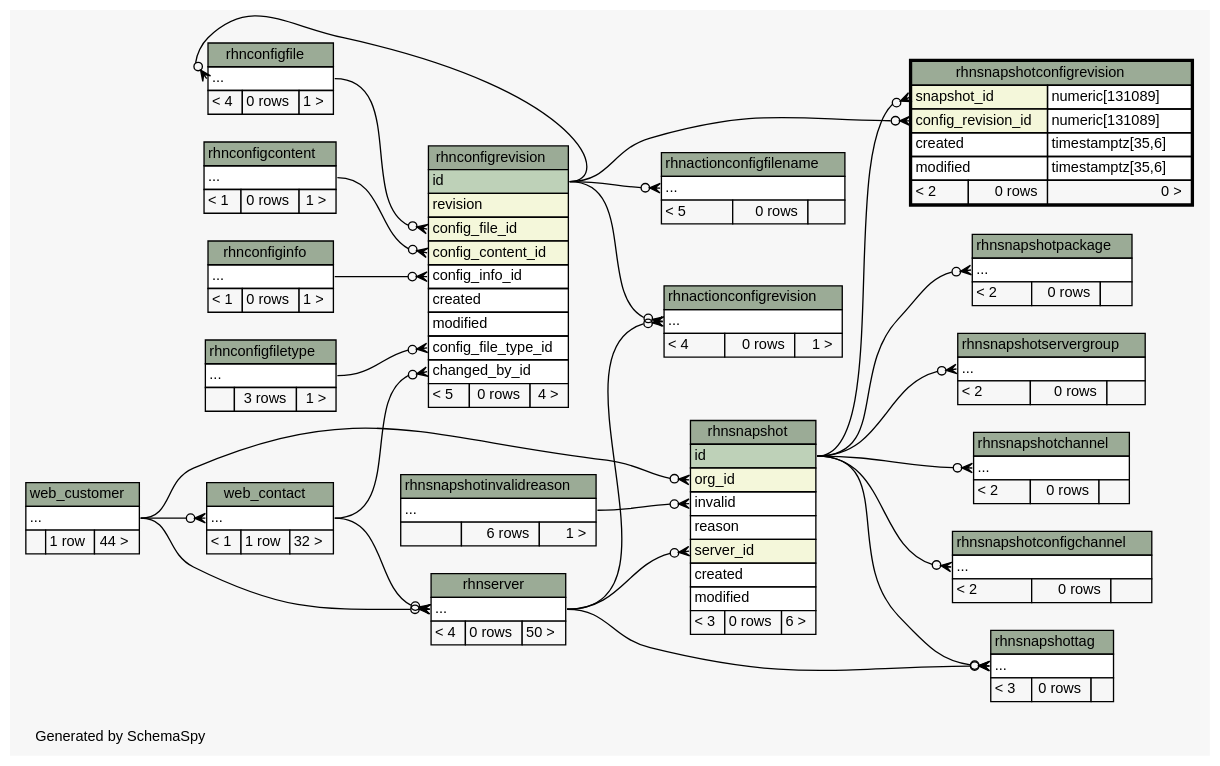
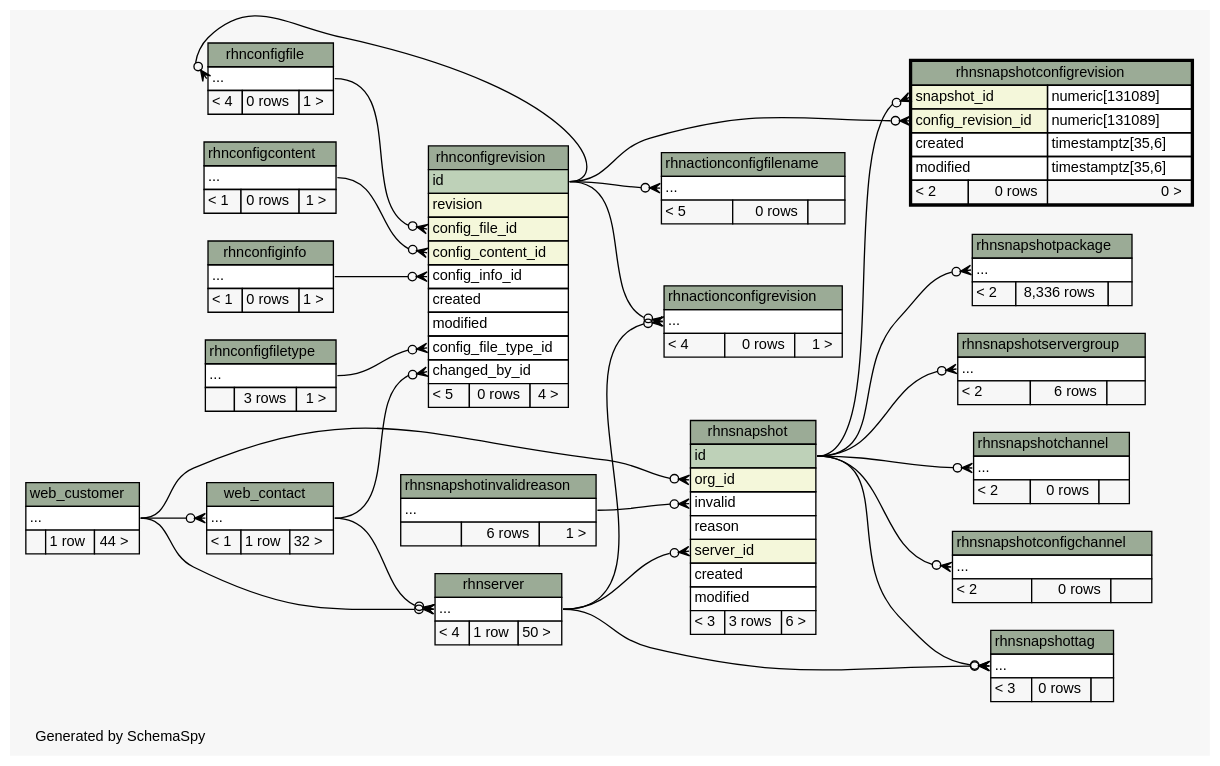
The diagram in documentation/schema-doc/diagrams/rhnsnapshotconfigrevision.2degrees.dot (spacewalkproject/spacewalkproject.github.io), drawn with Graphviz before and after one commit. The commit also changed 1495 other files, not shown here.

Commit message:
Updating Schema documentation for 2.7

```diff
--- a/documentation/schema-doc/diagrams/rhnsnapshotconfigrevision.2degrees.dot
+++ b/documentation/schema-doc/diagrams/rhnsnapshotconfigrevision.2degrees.dot
@@ -1,4 +1,4 @@
-// dot 2.26.0 on Linux 2.6.32-504.el6.x86_64
+// dot 2.26.0 on Linux 2.6.32-696.6.3.el6.x86_64
 // SchemaSpy rev 590
 digraph "twoDegreesRelationshipsDiagram" {
   graph [
@@ -125,7 +125,7 @@
     <TABLE BORDER="0" CELLBORDER="1" CELLSPACING="0" BGCOLOR="#ffffff">
       <TR><TD COLSPAN="3" BGCOLOR="#9bab96" ALIGN="CENTER">rhnserver</TD></TR>
       <TR><TD PORT="elipses" COLSPAN="3" ALIGN="LEFT">...</TD></TR>
-      <TR><TD ALIGN="LEFT" BGCOLOR="#f7f7f7">&lt; 4</TD><TD ALIGN="RIGHT" BGCOLOR="#f7f7f7">0 rows</TD><TD ALIGN="RIGHT" BGCOLOR="#f7f7f7">50 &gt;</TD></TR>
+      <TR><TD ALIGN="LEFT" BGCOLOR="#f7f7f7">&lt; 4</TD><TD ALIGN="RIGHT" BGCOLOR="#f7f7f7">1 row</TD><TD ALIGN="RIGHT" BGCOLOR="#f7f7f7">50 &gt;</TD></TR>
     </TABLE>>
     URL="rhnserver.html"
     tooltip="rhnserver"
@@ -141,7 +141,7 @@
       <TR><TD PORT="server_id" COLSPAN="3" BGCOLOR="#f4f7da" ALIGN="LEFT">server_id</TD></TR>
       <TR><TD PORT="created" COLSPAN="3" ALIGN="LEFT">created</TD></TR>
       <TR><TD PORT="modified" COLSPAN="3" ALIGN="LEFT">modified</TD></TR>
-      <TR><TD ALIGN="LEFT" BGCOLOR="#f7f7f7">&lt; 3</TD><TD ALIGN="RIGHT" BGCOLOR="#f7f7f7">0 rows</TD><TD ALIGN="RIGHT" BGCOLOR="#f7f7f7">6 &gt;</TD></TR>
+      <TR><TD ALIGN="LEFT" BGCOLOR="#f7f7f7">&lt; 3</TD><TD ALIGN="RIGHT" BGCOLOR="#f7f7f7">3 rows</TD><TD ALIGN="RIGHT" BGCOLOR="#f7f7f7">6 &gt;</TD></TR>
     </TABLE>>
     URL="rhnsnapshot.html"
     tooltip="rhnsnapshot"
@@ -194,7 +194,7 @@
     <TABLE BORDER="0" CELLBORDER="1" CELLSPACING="0" BGCOLOR="#ffffff">
       <TR><TD COLSPAN="3" BGCOLOR="#9bab96" ALIGN="CENTER">rhnsnapshotpackage</TD></TR>
       <TR><TD PORT="elipses" COLSPAN="3" ALIGN="LEFT">...</TD></TR>
-      <TR><TD ALIGN="LEFT" BGCOLOR="#f7f7f7">&lt; 2</TD><TD ALIGN="RIGHT" BGCOLOR="#f7f7f7">0 rows</TD><TD ALIGN="RIGHT" BGCOLOR="#f7f7f7">  </TD></TR>
+      <TR><TD ALIGN="LEFT" BGCOLOR="#f7f7f7">&lt; 2</TD><TD ALIGN="RIGHT" BGCOLOR="#f7f7f7">8,336 rows</TD><TD ALIGN="RIGHT" BGCOLOR="#f7f7f7">  </TD></TR>
     </TABLE>>
     URL="rhnsnapshotpackage.html"
     tooltip="rhnsnapshotpackage"
@@ -204,7 +204,7 @@
     <TABLE BORDER="0" CELLBORDER="1" CELLSPACING="0" BGCOLOR="#ffffff">
       <TR><TD COLSPAN="3" BGCOLOR="#9bab96" ALIGN="CENTER">rhnsnapshotservergroup</TD></TR>
       <TR><TD PORT="elipses" COLSPAN="3" ALIGN="LEFT">...</TD></TR>
-      <TR><TD ALIGN="LEFT" BGCOLOR="#f7f7f7">&lt; 2</TD><TD ALIGN="RIGHT" BGCOLOR="#f7f7f7">0 rows</TD><TD ALIGN="RIGHT" BGCOLOR="#f7f7f7">  </TD></TR>
+      <TR><TD ALIGN="LEFT" BGCOLOR="#f7f7f7">&lt; 2</TD><TD ALIGN="RIGHT" BGCOLOR="#f7f7f7">6 rows</TD><TD ALIGN="RIGHT" BGCOLOR="#f7f7f7">  </TD></TR>
     </TABLE>>
     URL="rhnsnapshotservergroup.html"
     tooltip="rhnsnapshotservergroup"
```
